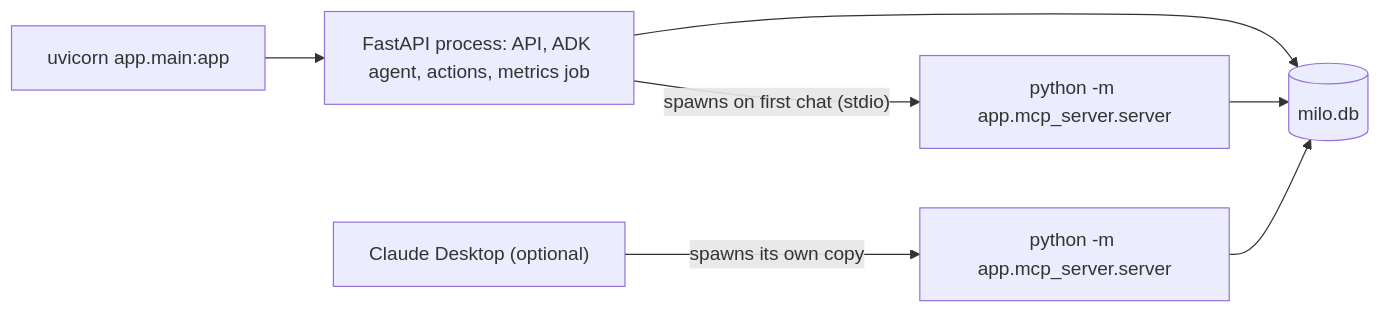
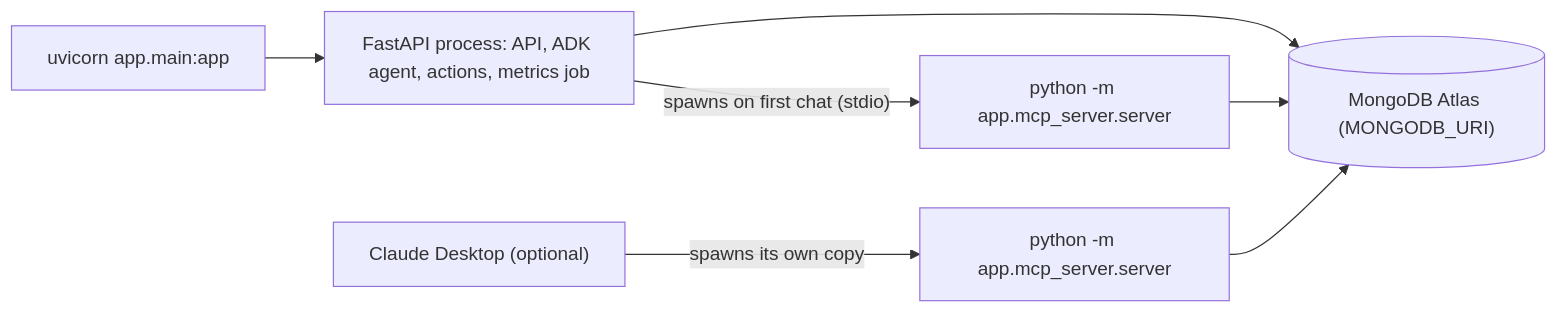
Before and after one commit to Deora88/milo-marketing-agent: the eighth of 9 diagrams in ARCHITECTURE.md, drawn with Mermaid. The commit also changed other lines of this file and 47 other files, not shown here.

````diff
--- a/ARCHITECTURE.md
+++ b/ARCHITECTURE.md
@@ -309,9 +335,9 @@
 ```mermaid
 flowchart LR
     U["uvicorn app.main:app"] --> P1["FastAPI process: API, ADK agent, actions, metrics job"]
     P1 -- "spawns on first chat (stdio)" --> P2["python -m app.mcp_server.server"]
-    P1 --> DB[("milo.db")]
+    P1 --> DB[("MongoDB Atlas (MONGODB_URI)")]
     P2 --> DB
     CD["Claude Desktop (optional)"] -- "spawns its own copy" --> P3["python -m app.mcp_server.server"]
     P3 --> DB
 ```
````
